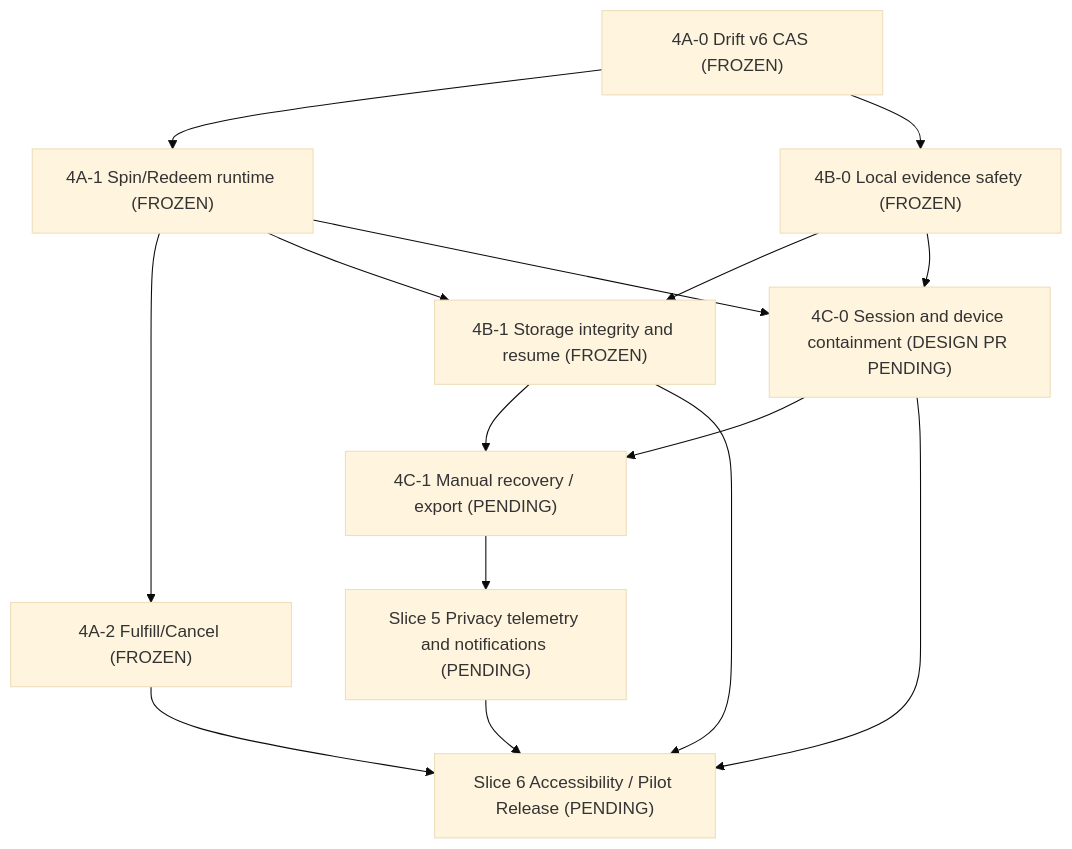
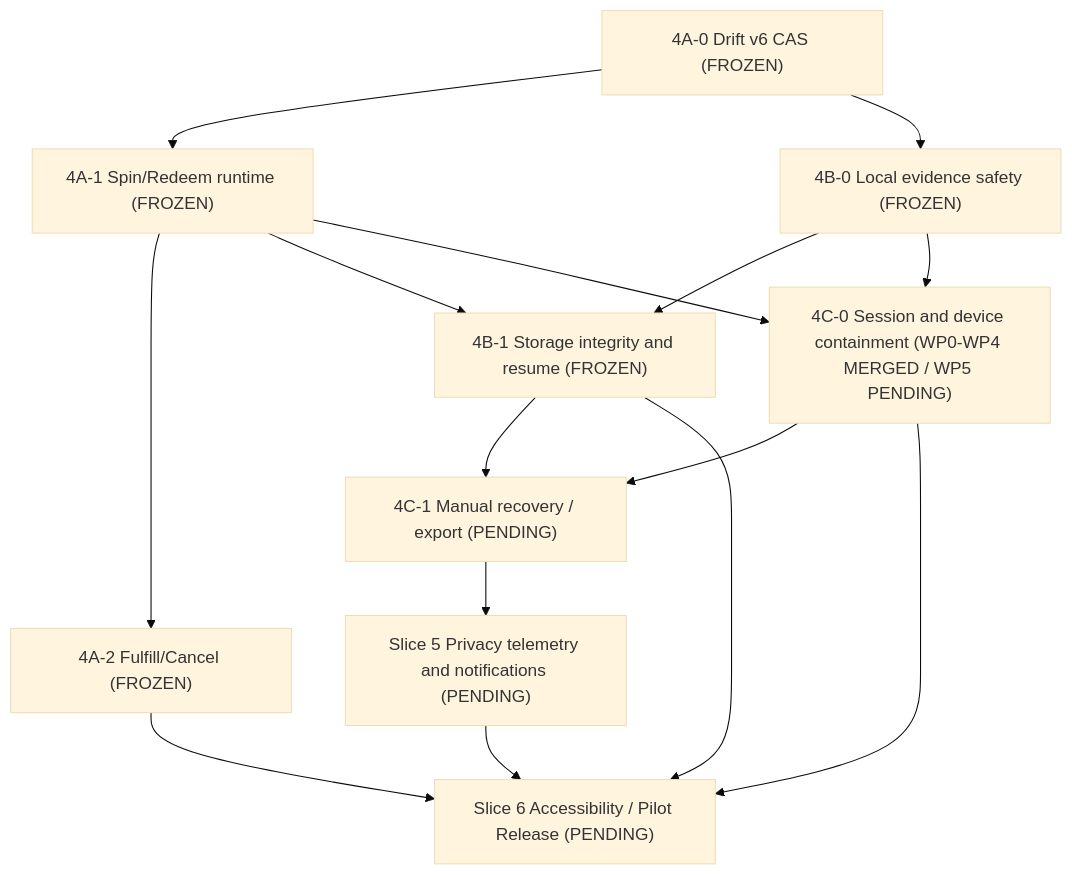
One commit to thedusk4203/LearnWard changed the diagram in docs/21-phase-6-master-delivery-and-pilot-gates.md. Above: the diagram before and after it, drawn with Mermaid (base theme). The commit also changed other lines of this file and 1 other file, not shown here.

````diff
--- a/docs/21-phase-6-master-delivery-and-pilot-gates.md
+++ b/docs/21-phase-6-master-delivery-and-pilot-gates.md
@@ -102,17 +102,17 @@
 ```mermaid
 flowchart TD
  A["4A-0 Drift v6 CAS (FROZEN)"] --> B["4A-1 Spin/Redeem runtime (FROZEN)"]
  B --> C["4A-2 Fulfill/Cancel (FROZEN)"]
  A --> D["4B-0 Local evidence safety (FROZEN)"]
  D --> E["4B-1 Storage integrity and resume (FROZEN)"]
  B --> E
- B --> F["4C-0 Session and device containment (DESIGN PR PENDING)"]
+ B --> F["4C-0 Session and device containment (WP0-WP4 MERGED / WP5 PENDING)"]
  D --> F
  E --> G["4C-1 Manual recovery / export (PENDING)"]
  F --> G
  G --> H["Slice 5 Privacy telemetry and notifications (PENDING)"]
  H --> I["Slice 6 Accessibility / Pilot Release (PENDING)"]
  C --> I
  E --> I
  F --> I
 ```
````
